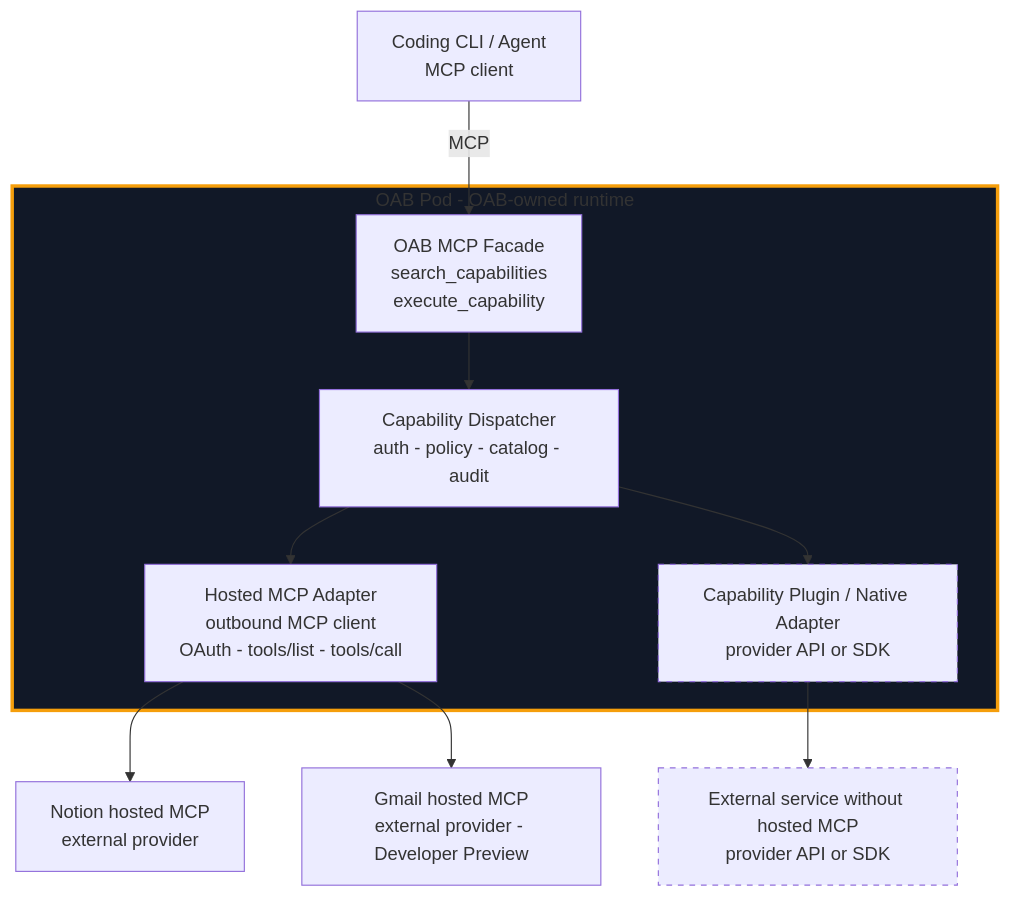
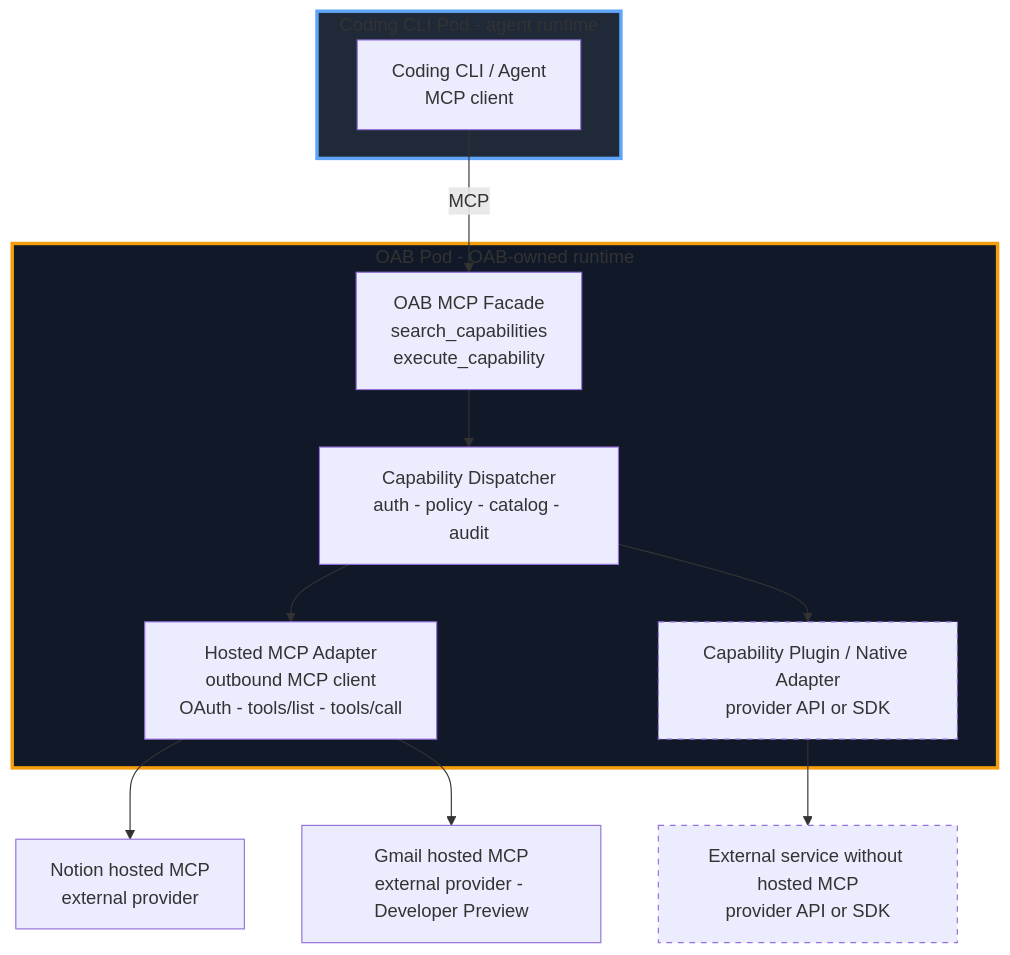
Before and after one commit to openabdev/openab: the diagram in docs/adr/oab-mcp-adapter.md, drawn with Mermaid. The commit also changed other lines of this file, not shown here.

Commit message:
docs(adr): separate coding cli pod

````diff
--- a/docs/adr/oab-mcp-adapter.md
+++ b/docs/adr/oab-mcp-adapter.md
@@ -81,28 +81,31 @@
 ```mermaid
 flowchart TD
-    A["Coding CLI / Agent<br/>MCP client"]
+    subgraph AGENT_POD [Coding CLI Pod - agent runtime]
+        A["Coding CLI / Agent<br/>MCP client"]
+    end
 
     subgraph OAB_POD [OAB Pod - OAB-owned runtime]
         F["OAB MCP Facade<br/>search_capabilities<br/>execute_capability"]
         D["Capability Dispatcher<br/>auth - policy - catalog - audit"]
         M["Hosted MCP Adapter<br/>outbound MCP client<br/>OAuth - tools/list - tools/call"]
         P["Capability Plugin / Native Adapter<br/>provider API or SDK"]
 
         F --> D
         D --> M
         D --> P
     end
 
     N["Notion hosted MCP<br/>external provider"]
     G["Gmail hosted MCP<br/>external provider - Developer Preview"]
     X["External service without hosted MCP<br/>provider API or SDK"]
 
     A -->|MCP| F
     M --> N
     M --> G
     P --> X
 
+    style AGENT_POD fill:#1f2937,stroke:#60a5fa,stroke-width:3px
     style OAB_POD fill:#111827,stroke:#f59e0b,stroke-width:3px
     style P stroke-dasharray: 5 5
     style X stroke-dasharray: 5 5
 ```
````
